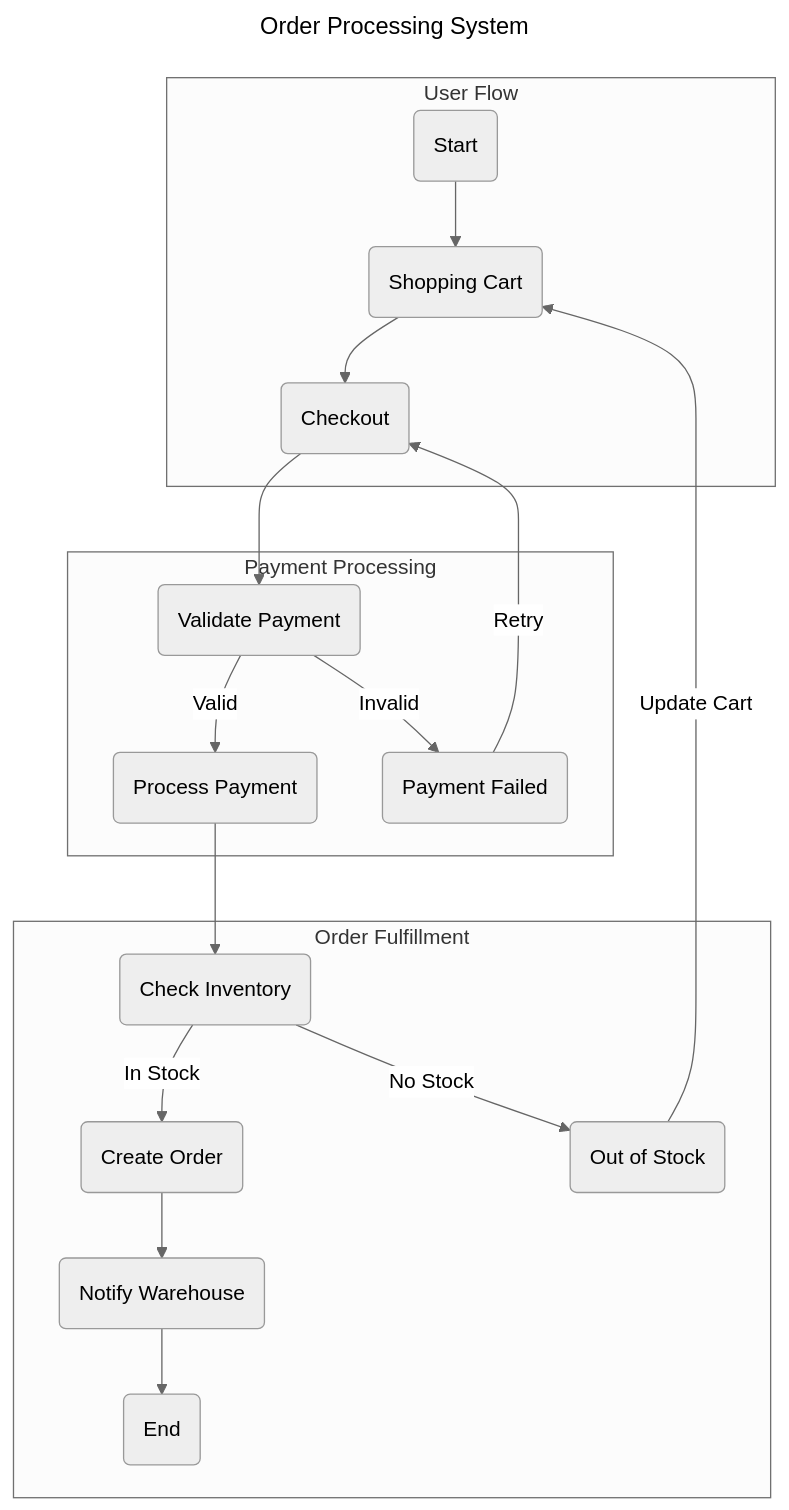
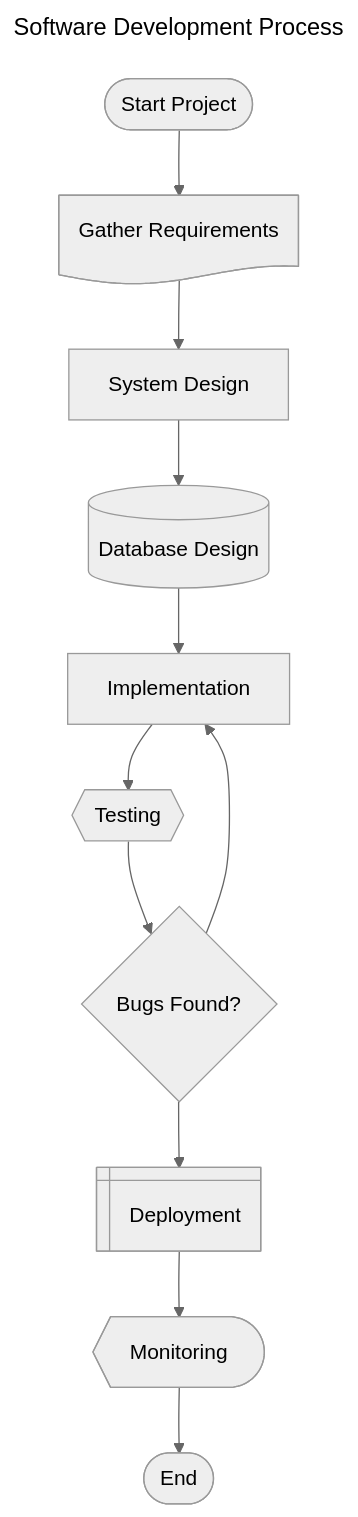
Before and after one commit to TyphonHill/go-mermaid: the diagram in examples/flowcharts/comprehensive_flowchart/README.md, drawn with Mermaid (neutral theme). The commit also changed 7 other files, not shown here.

Commit message:
update-flowcharts-shapes (#15)

````diff
--- a/examples/flowcharts/comprehensive_flowchart/README.md
+++ b/examples/flowcharts/comprehensive_flowchart/README.md
@@ -1,36 +1,27 @@
 ```mermaid
 ---
-title: Order Processing System
+title: Software Development Process
 ---
 
 flowchart TB
-	0("Start")
-	1("Shopping Cart")
-	2("Checkout")
-	3("Validate Payment")
-	4("Process Payment")
-	5("Payment Failed")
-	6("Check Inventory")
-	7("Create Order")
-	8("Notify Warehouse")
-	9("Out of Stock")
-	10("End")
-	subgraph 11 [User Flow]
-		0 --> 1
-		1 --> 2
-	end
-	subgraph 12 [Payment Processing]
-		2 --> 3
-		3 -->|Valid| 4
-		3 -->|Invalid| 5
-		5 -->|Retry| 2
-	end
-	subgraph 13 [Order Fulfillment]
-		4 --> 6
-		6 -->|In Stock| 7
-		6 -->|No Stock| 9
-		7 --> 8
-		8 --> 10
-		9 -->|Update Cart| 1
-	end
+0@{ shape: stadium, label: "Start Project"}
+1@{ shape: doc, label: "Gather Requirements"}
+2@{ shape: rect, label: "System Design"}
+3@{ shape: cyl, label: "Database Design"}
+4@{ shape: rect, label: "Implementation"}
+5@{ shape: hex, label: "Testing"}
+6@{ shape: diam, label: "Bugs Found?"}
+7@{ shape: win-pane, label: "Deployment"}
+8@{ shape: curv-trap, label: "Monitoring"}
+9@{ shape: stadium, label: "End"}
+	0 --> 1
+	1 --> 2
+	2 --> 3
+	3 --> 4
+	4 --> 5
+	5 --> 6
+	6 --> 4
+	6 --> 7
+	7 --> 8
+	8 --> 9
 ```
````
